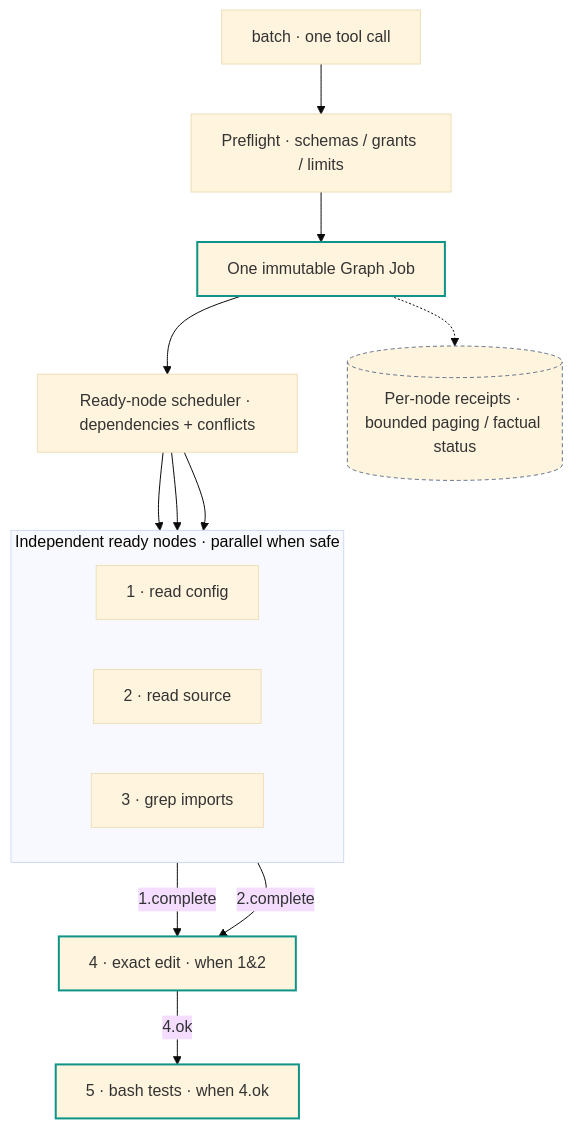
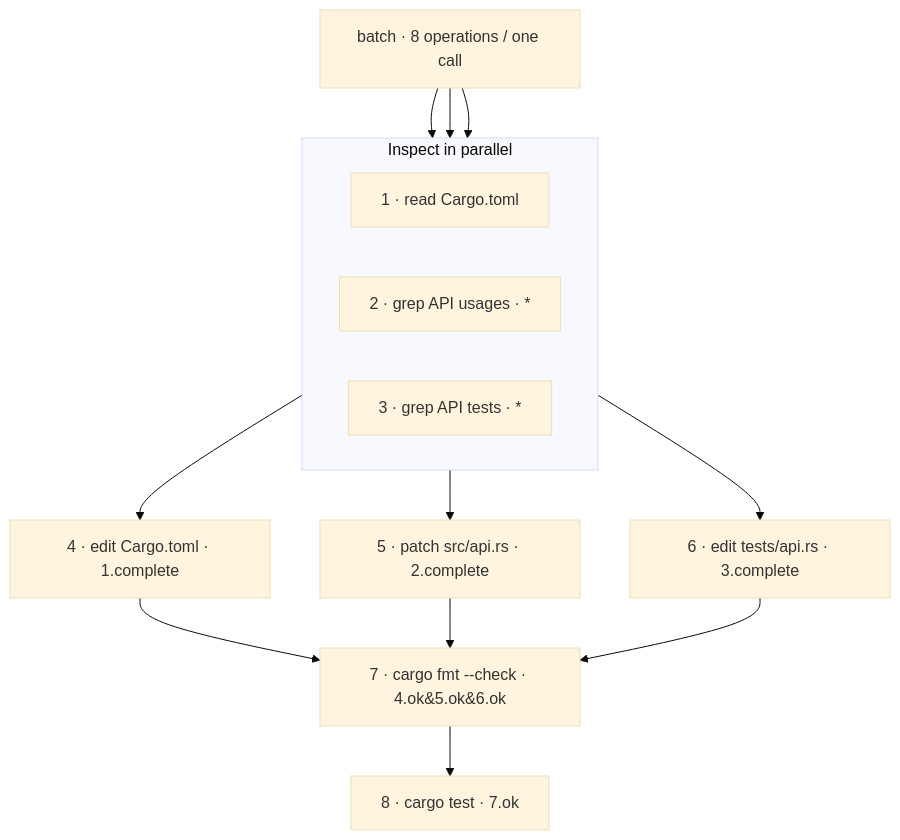
Before and after one commit to abird-ai/aw: the second of 3 diagrams in README.md, drawn with Mermaid (base theme). The commit also changed other lines of this file, not shown here.

Commit message:
Clarify graph execution and embeddable tools in README

````diff
--- a/README.md
+++ b/README.md
@@ -136,27 +119,24 @@
 ```mermaid
 flowchart TB
-    INPUT["batch · one tool call"] --> PRE["Preflight · schemas / grants / limits"]
-    PRE --> JOB["One immutable Graph Job"]
-    JOB --> SCHED["Ready-node scheduler · dependencies + conflicts"]
+    B["batch · 8 operations / one call"]
 
-    subgraph WAVE["Independent ready nodes · parallel when safe"]
+    subgraph INSPECT["Inspect in parallel"]
         direction LR
-        N1["1 · read config"]
-        N2["2 · read source"]
-        N3["3 · grep imports"]
+        R["1 · read Cargo.toml"]
+        S["2 · grep API usages · *"]
+        T["3 · grep API tests · *"]
     end
 
-    SCHED --> N1
-    SCHED --> N2
-    SCHED --> N3
-    N1 -->|"1.complete"| N4["4 · exact edit · when 1&2"]
-    N2 -->|"2.complete"| N4
-    N4 -->|"4.ok"| N5["5 · bash tests · when 4.ok"]
+    B --> R
+    B --> S
+    B --> T
 
-    JOB -.-> RECEIPTS[("Per-node receipts · bounded paging / factual status")]
+    R --> E["4 · edit Cargo.toml · 1.complete"]
+    S --> P["5 · patch src/api.rs · 2.complete"]
+    T --> X["6 · edit tests/api.rs · 3.complete"]
 
-    classDef engine stroke:#0d9488,stroke-width:2px
-    classDef durable stroke:#64748b,stroke-dasharray:4 3
-    class JOB,N4,N5 engine
-    class RECEIPTS durable
+    E --> F["7 · cargo fmt --check · 4.ok&5.ok&6.ok"]
+    P --> F
+    X --> F
+    F --> V["8 · cargo test · 7.ok"]
 ```
````
